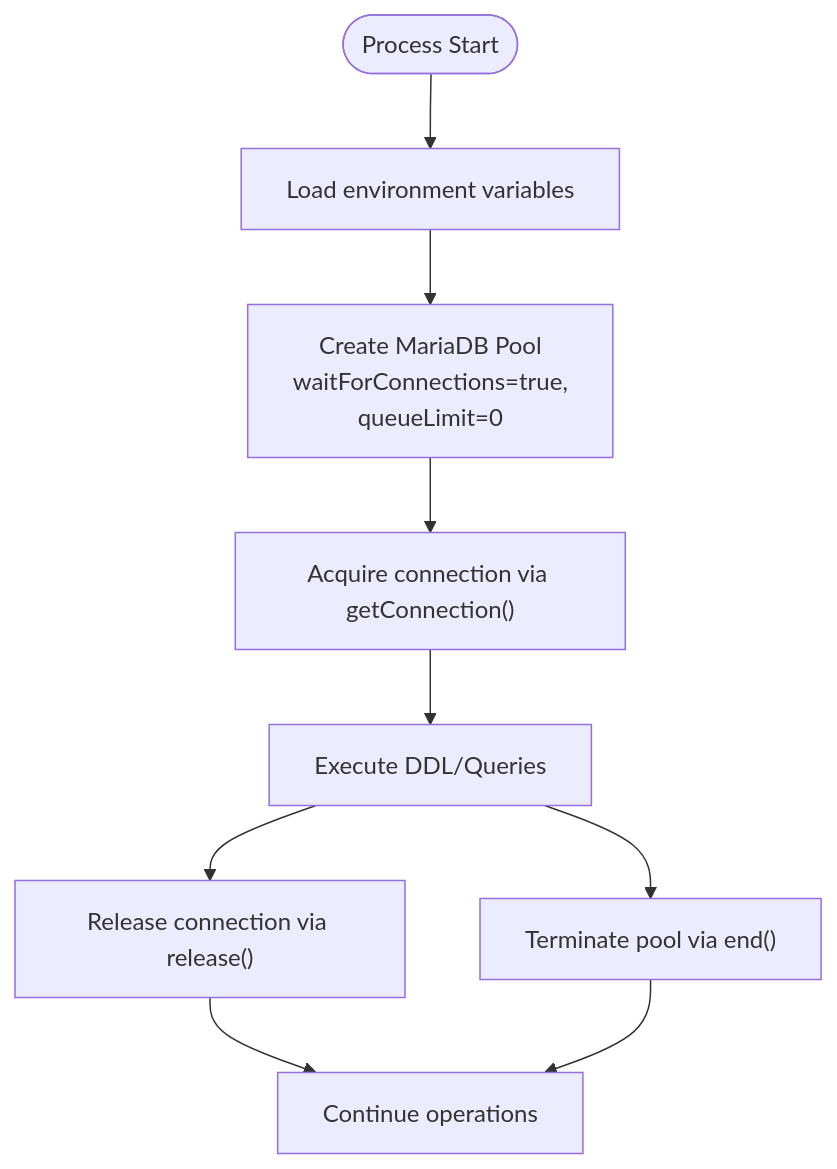
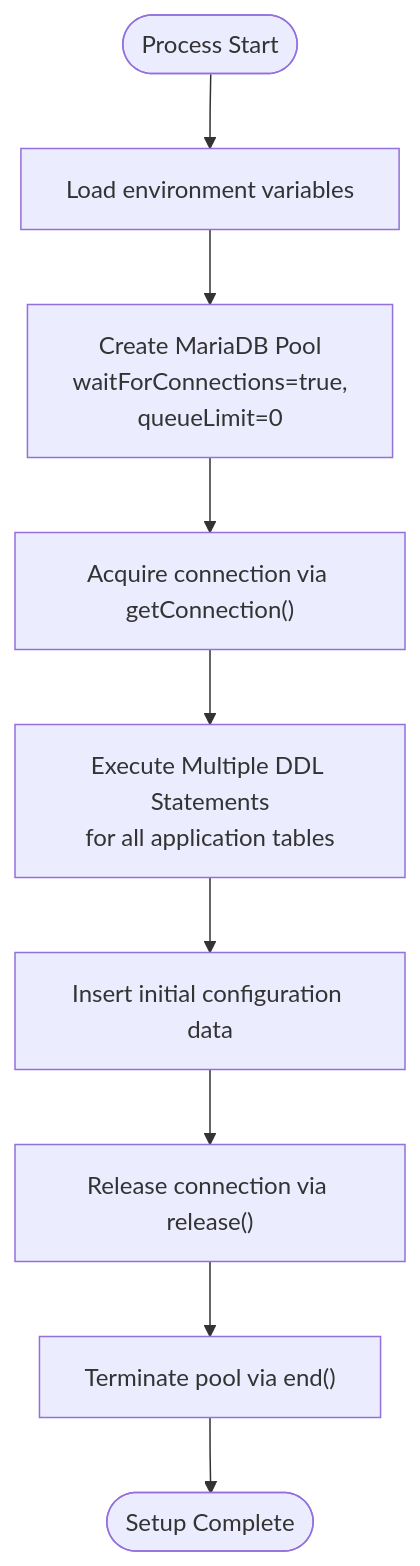
The third of 7 diagrams in .qoder/repowiki/en/content/Data Models & Database Design/Database Architecture & Connection Management.md (luiseduacosta/nodemural), drawn with Mermaid before and after one commit. The commit also changed other lines of this file and 27 other files, not shown here.

````diff
--- a/.qoder/repowiki/en/content/Data Models & Database Design/Database Architecture & Connection Management.md
+++ b/.qoder/repowiki/en/content/Data Models & Database Design/Database Architecture & Connection Management.md
@@ -168,11 +178,11 @@
 ```mermaid
 flowchart TD
 Start(["Process Start"]) --> LoadEnv["Load environment variables"]
 LoadEnv --> CreatePool["Create MariaDB Pool<br/>waitForConnections=true,<br/>queueLimit=0"]
 CreatePool --> UsePool["Acquire connection via getConnection()"]
-UsePool --> ExecuteDDL["Execute DDL/Queries"]
-ExecuteDDL --> ReleaseConn["Release connection via release()"]
-ReleaseConn --> Continue["Continue operations"]
-ExecuteDDL --> EndPool["Terminate pool via end()"]
-EndPool --> Continue
+UsePool --> ExecuteDDL["Execute Multiple DDL Statements<br/>for all application tables"]
+ExecuteDDL --> InsertInitialData["Insert initial configuration data"]
+InsertInitialData --> ReleaseConn["Release connection via release()"]
+ReleaseConn --> EndPool["Terminate pool via end()"]
+EndPool --> Complete(["Setup Complete"])
 ```
````
